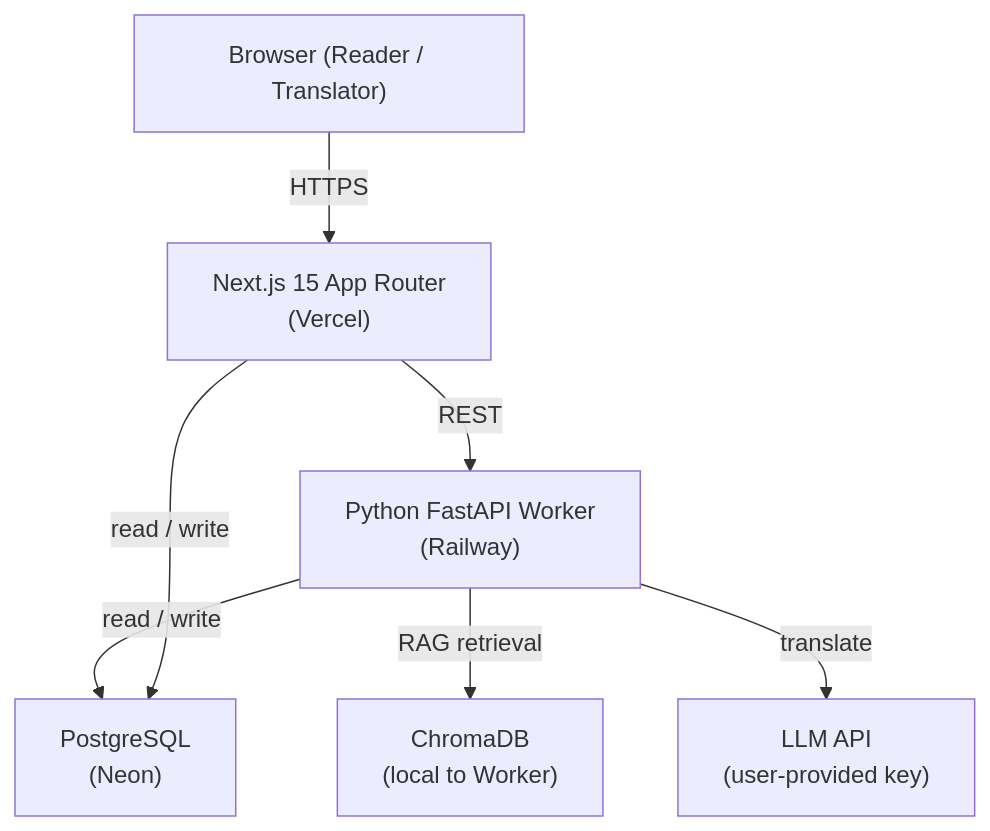
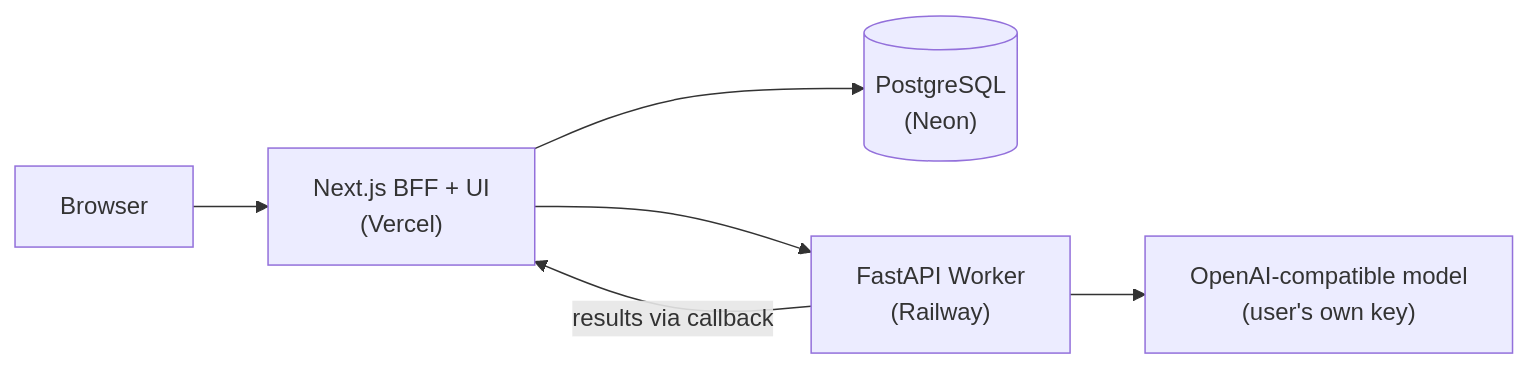
The diagram in README.md (Ashx-xhsA/bookbridge), drawn with Mermaid before and after one commit. The commit also changed other lines of this file and 5 other files, not shown here.

First line of the commit message:
docs: portfolio README with demo GIF; drop wrong RAG/ChromaDB claims

````diff
--- a/README.md
+++ b/README.md
@@ -40,16 +80,8 @@
 ```mermaid
-graph TD
-    Browser["Browser (Reader / Translator)"]
-    Next["Next.js 15 App Router\n(Vercel)"]
-    Worker["Python FastAPI Worker\n(Railway)"]
-    PG["PostgreSQL\n(Neon)"]
-    Chroma["ChromaDB\n(local to Worker)"]
-    Claude["LLM API\n(user-provided key)"]
-
-    Browser -->|"HTTPS"| Next
-    Next -->|"REST"| Worker
-    Worker -->|"read / write"| PG
-    Next -->|"read / write"| PG
-    Worker -->|"RAG retrieval"| Chroma
-    Worker -->|"translate"| Claude
+graph LR
+    Browser --> Next["Next.js BFF + UI<br/>(Vercel)"]
+    Next --> PG[("PostgreSQL<br/>(Neon)")]
+    Next --> Worker["FastAPI Worker<br/>(Railway)"]
+    Worker -->|results via callback| Next
+    Worker --> LLM["OpenAI-compatible model<br/>(user's own key)"]
 ```
````
